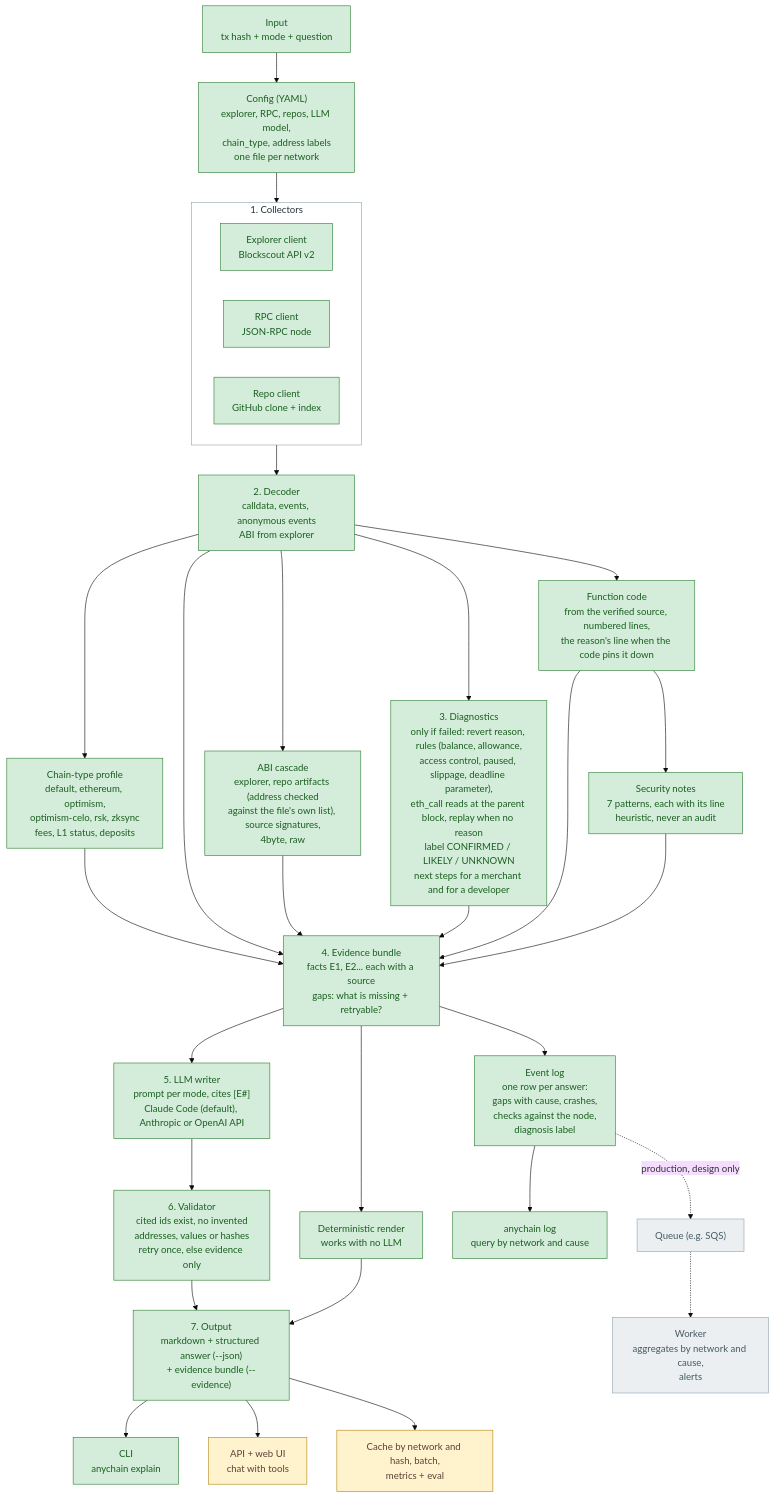
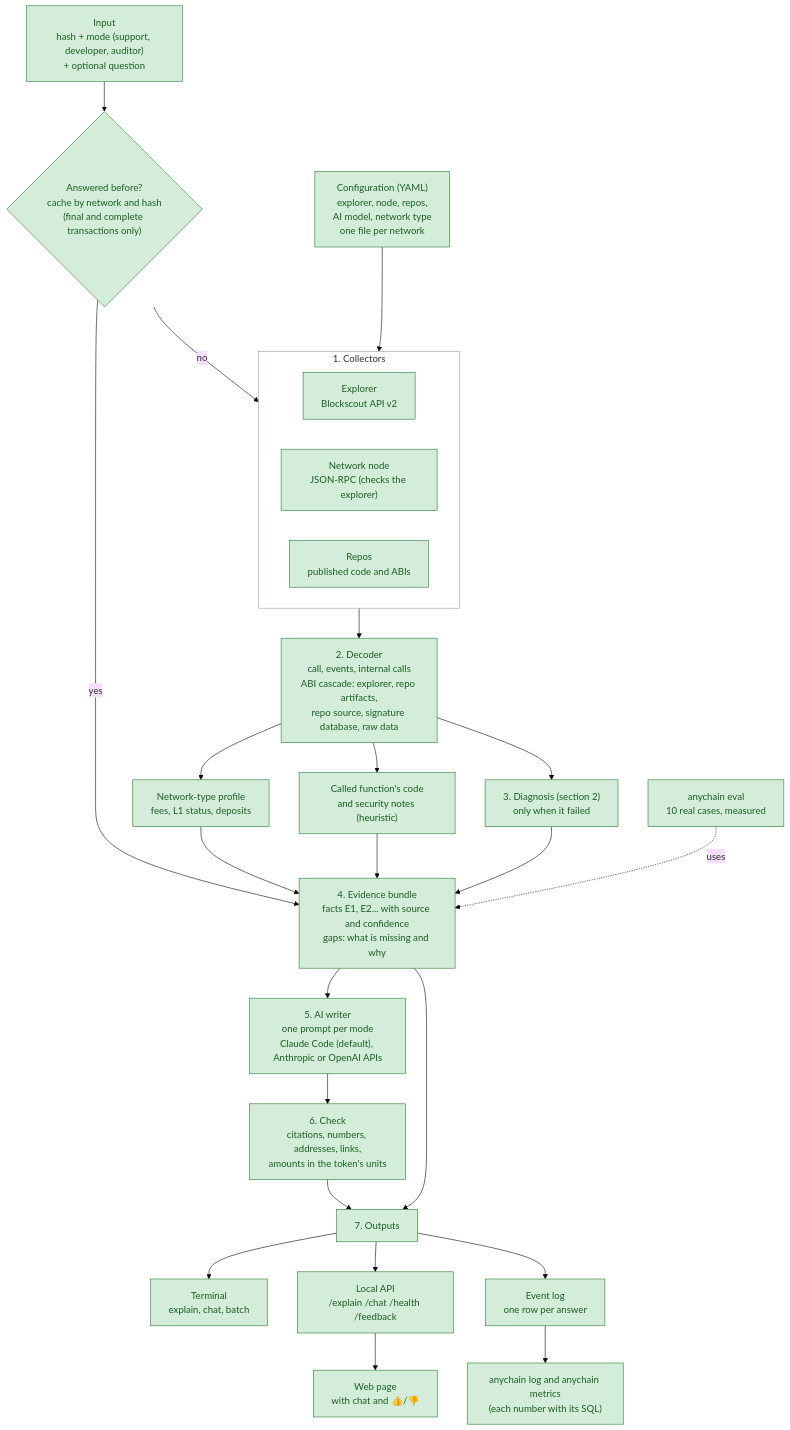
One commit to Ebaoj/anychain changed the second of 9 diagrams in docs/ARCHITECTURE.md. Above: the diagram before and after it, drawn with Mermaid (base theme). The commit also changed other lines of this file and 7 other files, not shown here.

Commit message:
Acceptance fix: Gnosis blob fees (chain_type ethereum) and a guard against a partial fee shown as total (D54); English architecture doc for the end of Phase 3

````diff
--- a/docs/ARCHITECTURE.md
+++ b/docs/ARCHITECTURE.md
@@ -20,50 +44,38 @@
 ```mermaid
 flowchart TD
-    IN["Input<br/>tx hash + mode + question"] --> CFG
+    IN["Input<br/>hash + mode (support, developer, auditor)<br/>+ optional question"] --> CACHE
+    CACHE{"Answered before?<br/>cache by network and hash<br/>(final and complete transactions only)"} -->|yes| BUN
+    CACHE -->|no| COL
+    CFG["Configuration (YAML)<br/>explorer, node, repos,<br/>AI model, network type<br/>one file per network"] --> COL
 
-    CFG["Config (YAML)<br/>explorer, RPC, repos, LLM model,<br/>chain_type, address labels<br/>one file per network"]
-
-    CFG --> COL
     subgraph COL["1. Collectors"]
-        EXP["Explorer client<br/>Blockscout API v2"]
-        RPC["RPC client<br/>JSON-RPC node"]
-        REPO["Repo client<br/>GitHub clone + index"]
+        EXP["Explorer<br/>Blockscout API v2"]
+        RPC["Network node<br/>JSON-RPC (checks the explorer)"]
+        REPO["Repos<br/>published code and ABIs"]
     end
 
-    COL --> DEC["2. Decoder<br/>calldata, events, anonymous events<br/>ABI from explorer"]
-    DEC --> PRO["Chain-type profile<br/>default, ethereum, optimism,<br/>optimism-celo, rsk, zksync<br/>fees, L1 status, deposits"]
+    COL --> DEC["2. Decoder<br/>call, events, internal calls<br/>ABI cascade: explorer, repo artifacts,<br/>repo source, signature database, raw data"]
+    DEC --> PRO["Network-type profile<br/>fees, L1 status, deposits"]
+    DEC --> CODE["Called function's code<br/>and security notes (heuristic)"]
+    DEC --> DIAG["3. Diagnosis (section 2)<br/>only when it failed"]
     PRO --> BUN
-    DEC --> CAS["ABI cascade<br/>explorer, repo artifacts (address checked<br/>against the file's own list), source signatures,<br/>4byte, raw"]
-    DEC --> DIAG["3. Diagnostics<br/>only if failed: revert reason, rules (balance, allowance,<br/>access control, paused, slippage, deadline parameter),<br/>eth_call reads at the parent block, replay when no reason<br/>label CONFIRMED / LIKELY / UNKNOWN<br/>next steps for a merchant and for a developer"]
-    DEC --> CODE["Function code<br/>from the verified source, numbered lines,<br/>the reason's line when the code pins it down"]
-    CODE --> SEC["Security notes<br/>7 patterns, each with its line<br/>heuristic, never an audit"]
-    DEC --> BUN
-    CAS --> BUN
+    CODE --> BUN
     DIAG --> BUN
-    CODE --> BUN
-    SEC --> BUN
 
-    BUN["4. Evidence bundle<br/>facts E1, E2... each with a source<br/>gaps: what is missing + retryable?"]
-    BUN --> WRI["5. LLM writer<br/>prompt per mode, cites [E#]<br/>Claude Code (default), Anthropic or OpenAI API"]
-    BUN --> REN["Deterministic render<br/>works with no LLM"]
-    WRI --> VAL["6. Validator<br/>cited ids exist, no invented<br/>addresses, values or hashes<br/>retry once, else evidence only"]
-    VAL --> OUT
-    REN --> OUT
+    BUN["4. Evidence bundle<br/>facts E1, E2... with source and confidence<br/>gaps: what is missing and why"]
+    BUN --> WRI["5. AI writer<br/>one prompt per mode<br/>Claude Code (default), Anthropic or OpenAI APIs"]
+    WRI --> VAL["6. Check<br/>citations, numbers, addresses, links,<br/>amounts in the token's units"]
+    VAL --> OUT["7. Outputs"]
+    BUN --> OUT
 
-    OUT["7. Output<br/>markdown + structured answer (--json)<br/>+ evidence bundle (--evidence)"] --> CLI["CLI<br/>anychain explain"]
-    OUT --> API["API + web UI<br/>chat with tools"]
-    OUT --> DB["Cache by network and hash, batch,<br/>metrics + eval"]
-    BUN --> LOG["Event log<br/>one row per answer:<br/>gaps with cause, crashes,<br/>checks against the node,<br/>diagnosis label"]
-    LOG --> QRY["anychain log<br/>query by network and cause"]
-    LOG -.production, design only.-> FILA["Queue (e.g. SQS)"]
-    FILA -.-> WRK["Worker<br/>aggregates by network and cause,<br/>alerts"]
+    OUT --> CLI["Terminal<br/>explain, chat, batch"]
+    OUT --> API["Local API<br/>/explain /chat /health /feedback"]
+    API --> PAGE["Web page<br/>with chat and 👍/👎"]
+    OUT --> LOG["Event log<br/>one row per answer"]
+    LOG --> MET["anychain log and anychain metrics<br/>(each number with its SQL)"]
+    EVAL["anychain eval<br/>10 real cases, measured"] -.uses.-> BUN
 
     classDef done fill:#d4edda,stroke:#2e7d32,color:#1b5e20
-    classDef next fill:#fff3cd,stroke:#b8860b,color:#5d4037
-    classDef later fill:#eceff1,stroke:#90a4ae,color:#455a64
-
-    class IN,CFG,EXP,RPC,DEC,PRO,BUN,WRI,REN,OUT,CLI,LOG,QRY,VAL,DIAG,REPO,CAS,CODE,SEC done
-    class API,DB next
-    class FILA,WRK later
+    class IN,CACHE,CFG,EXP,RPC,REPO,DEC,PRO,CODE,DIAG,BUN,WRI,VAL,OUT,CLI,API,PAGE,LOG,MET,EVAL done
     style COL fill:#ffffff,stroke:#90a4ae,color:#263238
 ```
````
